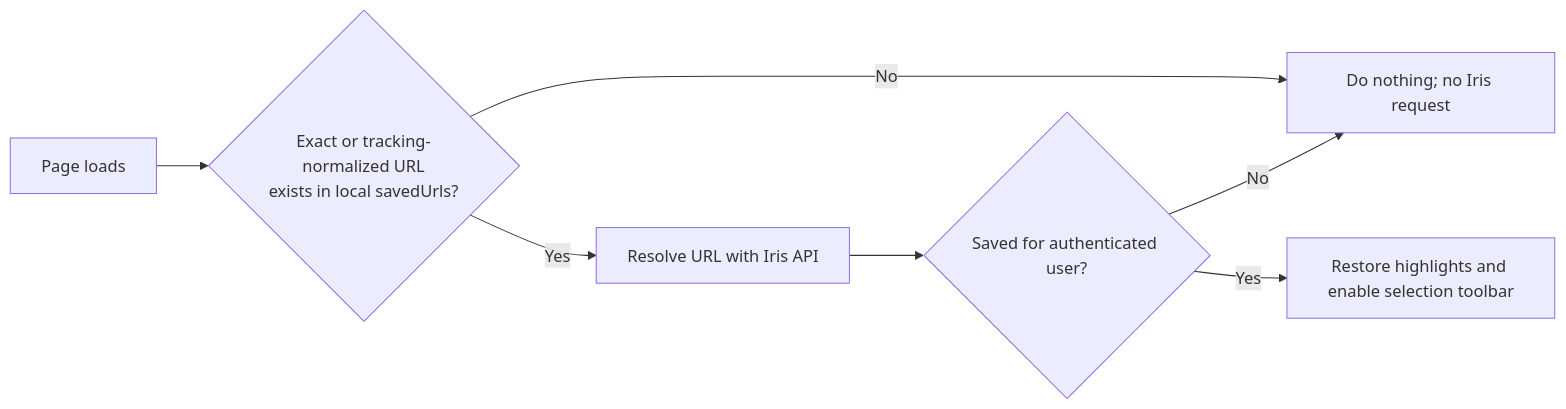
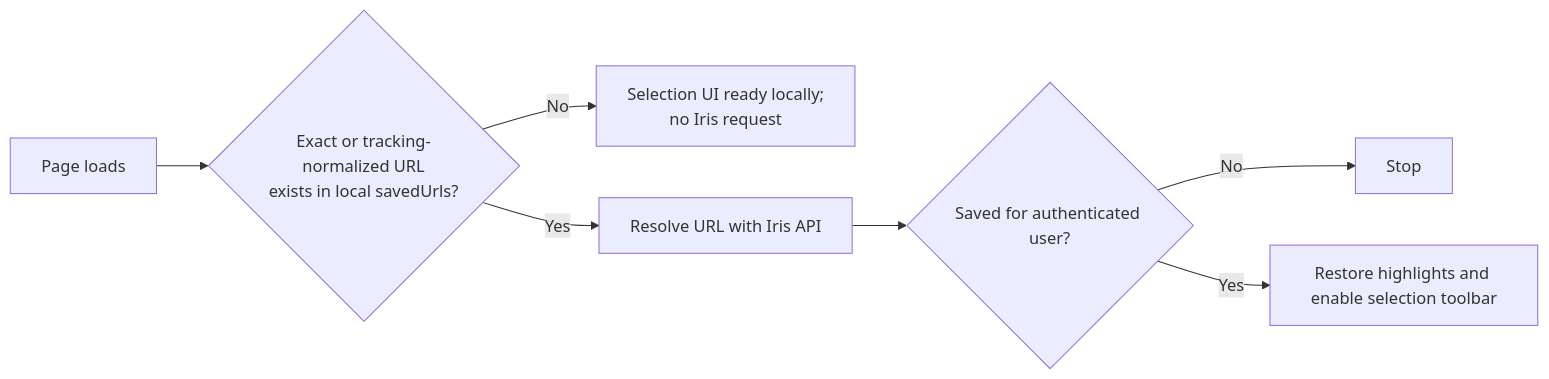
One commit to jdai1/iris changed the sixth of 8 diagrams in docs/browser-extension-architecture.md. Above: the diagram before and after it, drawn with Mermaid. The commit also changed other lines of this file and 59 other files, not shown here.

````diff
--- a/docs/browser-extension-architecture.md
+++ b/docs/browser-extension-architecture.md
@@ -275,9 +280,9 @@
 ```mermaid
 flowchart LR
     Load["Page loads"] --> Local{"Exact or tracking-normalized URL<br/>exists in local savedUrls?"}
-    Local -->|No| Stop["Do nothing; no Iris request"]
+    Local -->|No| Ready["Selection UI ready locally;<br/>no Iris request"]
     Local -->|Yes| Resolve["Resolve URL with Iris API"]
     Resolve --> Saved{"Saved for authenticated user?"}
     Saved -->|No| Stop
     Saved -->|Yes| Activate["Restore highlights and enable selection toolbar"]
 ```
````
